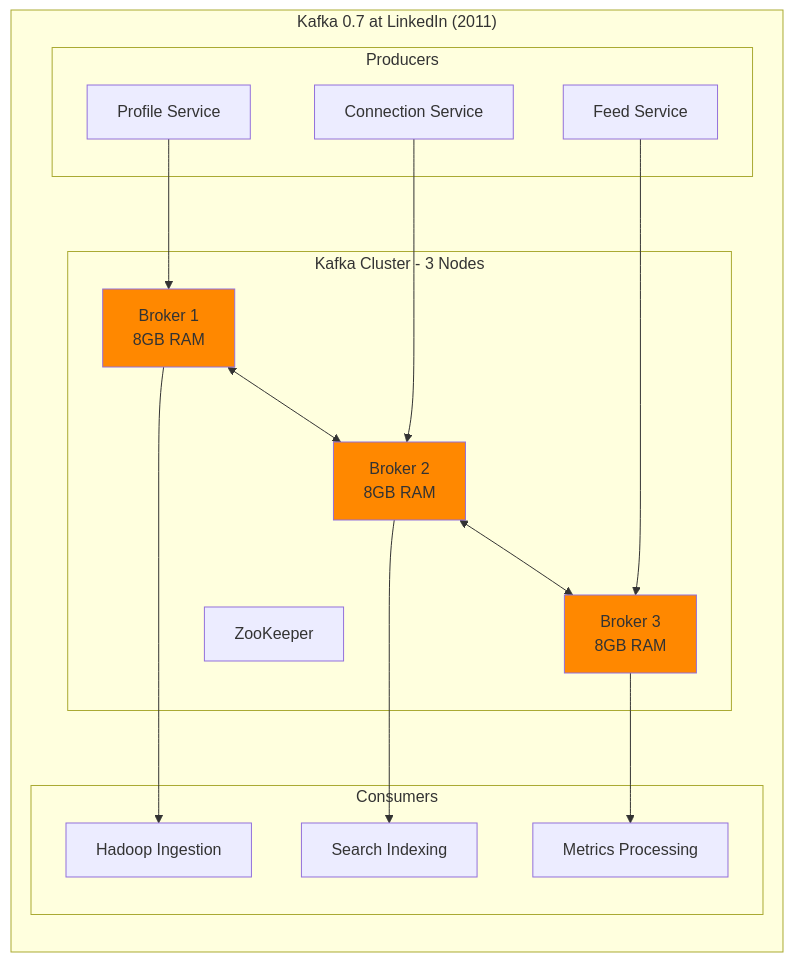
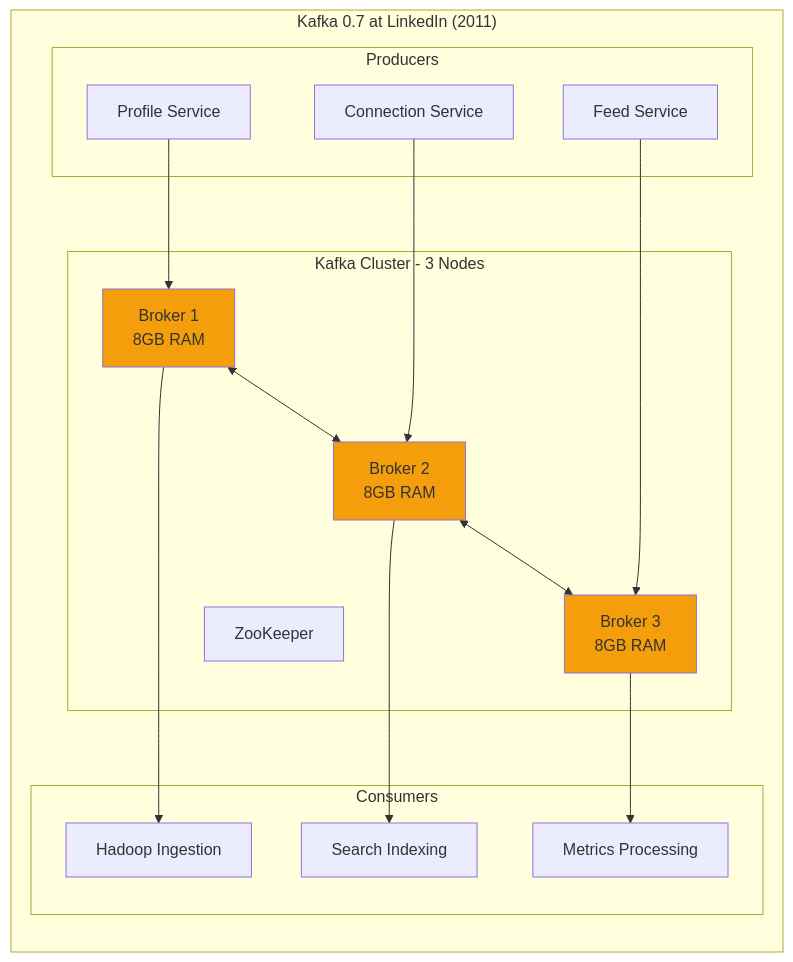
One commit to deepaucksharma/DS changed the second of 7 diagrams in site/docs/migrations/linkedin-kafka-evolution.md. Above: the diagram before and after it, drawn with Mermaid. The commit also changed other lines of this file and 303 other files, not shown here.

````diff
--- a/site/docs/migrations/linkedin-kafka-evolution.md
+++ b/site/docs/migrations/linkedin-kafka-evolution.md
@@ -84,35 +84,35 @@
 ```mermaid
 graph LR
     subgraph "Kafka 0.7 at LinkedIn (2011)"
         subgraph Producers[Producers]
             APP1[Profile Service]
             APP2[Connection Service]
             APP3[Feed Service]
         end
 
         subgraph KafkaCluster[Kafka Cluster - 3 Nodes]
             B1[Broker 1<br/>8GB RAM]
             B2[Broker 2<br/>8GB RAM]
             B3[Broker 3<br/>8GB RAM]
             ZK[ZooKeeper]
         end
 
         subgraph Consumers[Consumers]
             HADOOP2[Hadoop Ingestion]
             SEARCH2[Search Indexing]
             METRICS2[Metrics Processing]
         end
 
         APP1 --> B1
         APP2 --> B2
         APP3 --> B3
         B1 <--> B2 <--> B3
         B1 --> HADOOP2
         B2 --> SEARCH2
         B3 --> METRICS2
     end
 
-    style B1 fill:#FF8800
-    style B2 fill:#FF8800
-    style B3 fill:#FF8800
+    style B1 fill:#F59E0B
+    style B2 fill:#F59E0B
+    style B3 fill:#F59E0B
 ```
````
